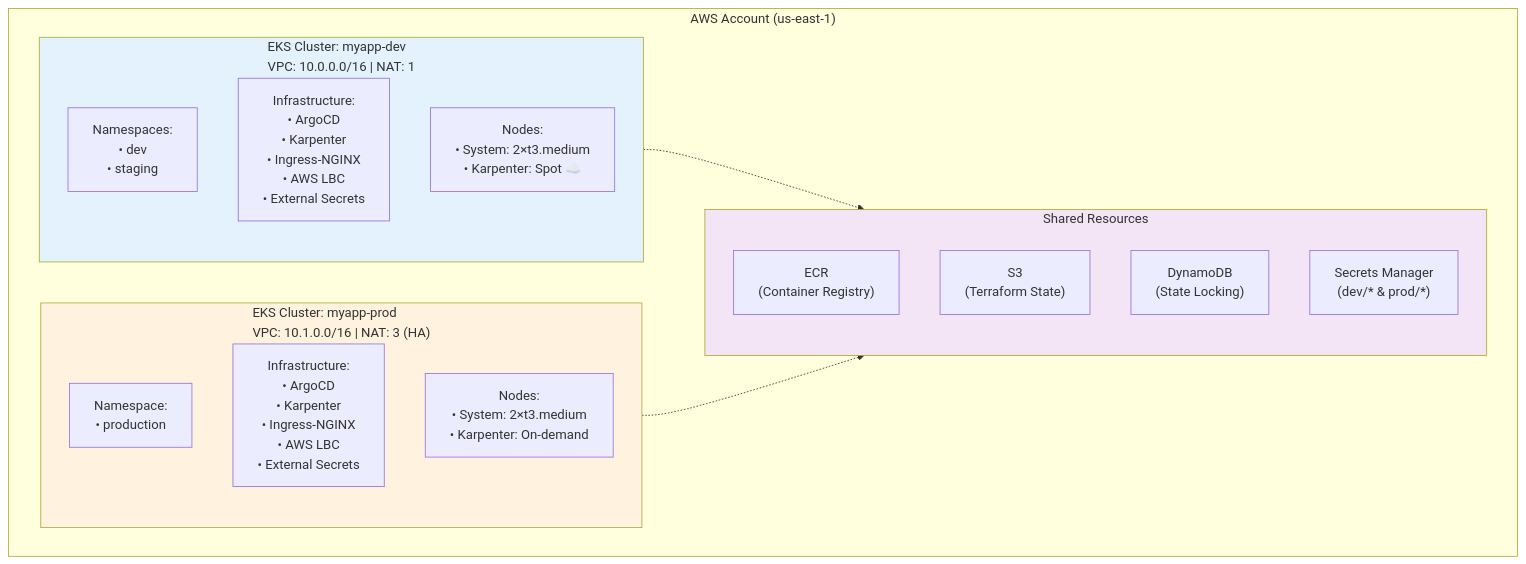
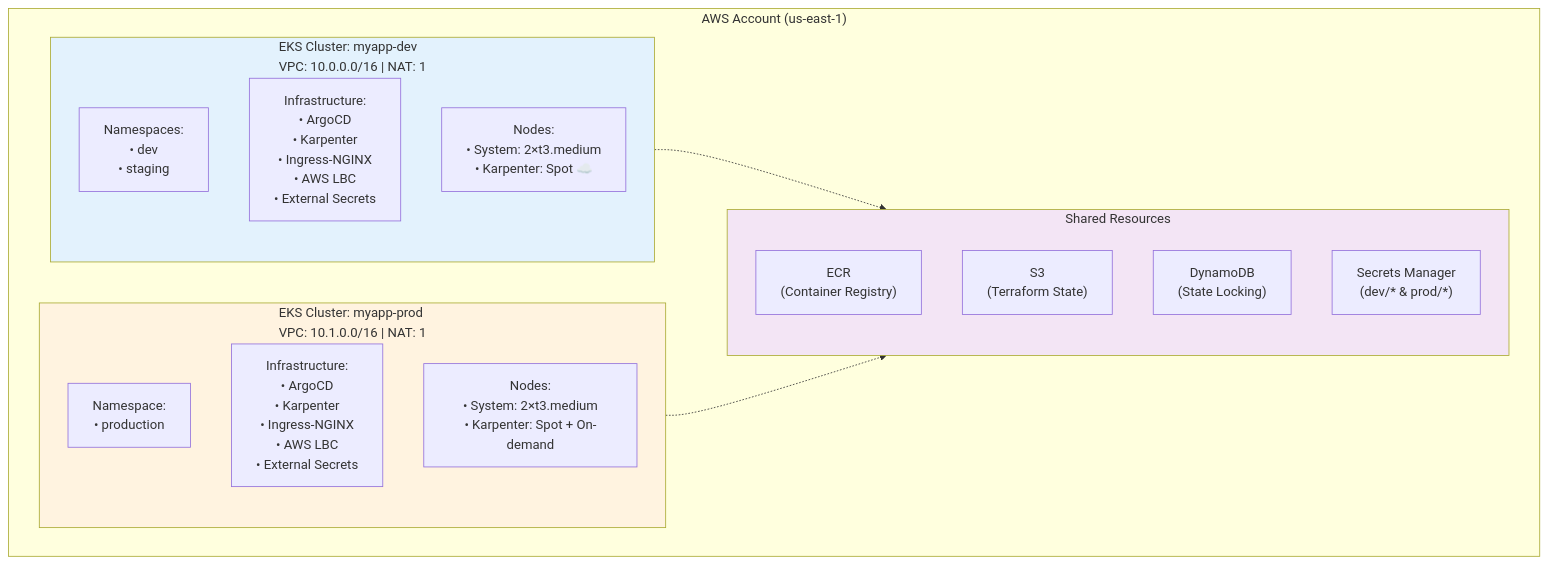
One commit to edenbarkan/infra-live changed the first of 4 diagrams in README.md. Above: the diagram before and after it, drawn with Mermaid. The commit also changed other lines of this file and 21 other files, not shown here.

````diff
--- a/README.md
+++ b/README.md
@@ -24,30 +24,30 @@
 ```mermaid
 graph TB
     subgraph AWS["AWS Account (us-east-1)"]
         subgraph DevCluster["EKS Cluster: myapp-dev<br/>VPC: 10.0.0.0/16 | NAT: 1"]
             DevNS["Namespaces:<br/>• dev<br/>• staging"]
             DevInfra["Infrastructure:<br/>• ArgoCD<br/>• Karpenter<br/>• Ingress-NGINX<br/>• AWS LBC<br/>• External Secrets"]
             DevNodes["Nodes:<br/>• System: 2×t3.medium<br/>• Karpenter: Spot ☁️"]
         end
 
-        subgraph ProdCluster["EKS Cluster: myapp-prod<br/>VPC: 10.1.0.0/16 | NAT: 3 (HA)"]
+        subgraph ProdCluster["EKS Cluster: myapp-prod<br/>VPC: 10.1.0.0/16 | NAT: 1"]
             ProdNS["Namespace:<br/>• production"]
             ProdInfra["Infrastructure:<br/>• ArgoCD<br/>• Karpenter<br/>• Ingress-NGINX<br/>• AWS LBC<br/>• External Secrets"]
-            ProdNodes["Nodes:<br/>• System: 2×t3.medium<br/>• Karpenter: On-demand"]
+            ProdNodes["Nodes:<br/>• System: 2×t3.medium<br/>• Karpenter: Spot + On-demand"]
         end
 
         subgraph Shared["Shared Resources"]
             ECR["ECR<br/>(Container Registry)"]
             S3["S3<br/>(Terraform State)"]
             DynamoDB["DynamoDB<br/>(State Locking)"]
             SM["Secrets Manager<br/>(dev/* & prod/*)"]
         end
     end
 
     DevCluster -.-> Shared
     ProdCluster -.-> Shared
 
     style DevCluster fill:#e3f2fd
     style ProdCluster fill:#fff3e0
     style Shared fill:#f3e5f5
 ```
````
